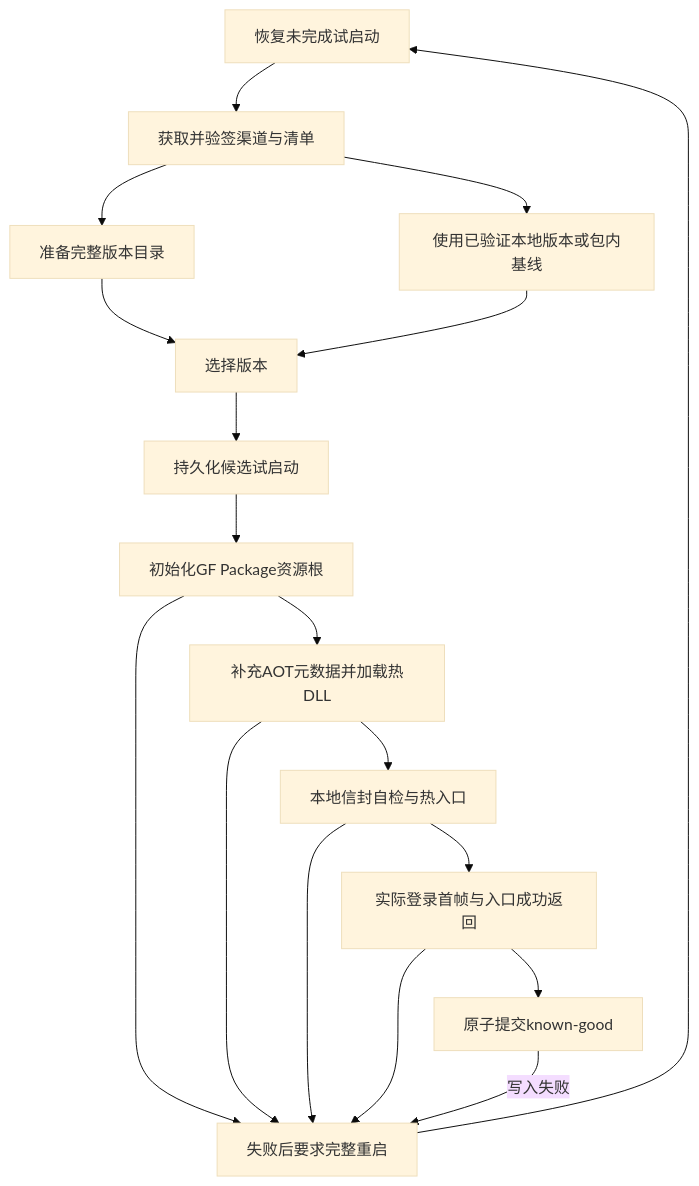
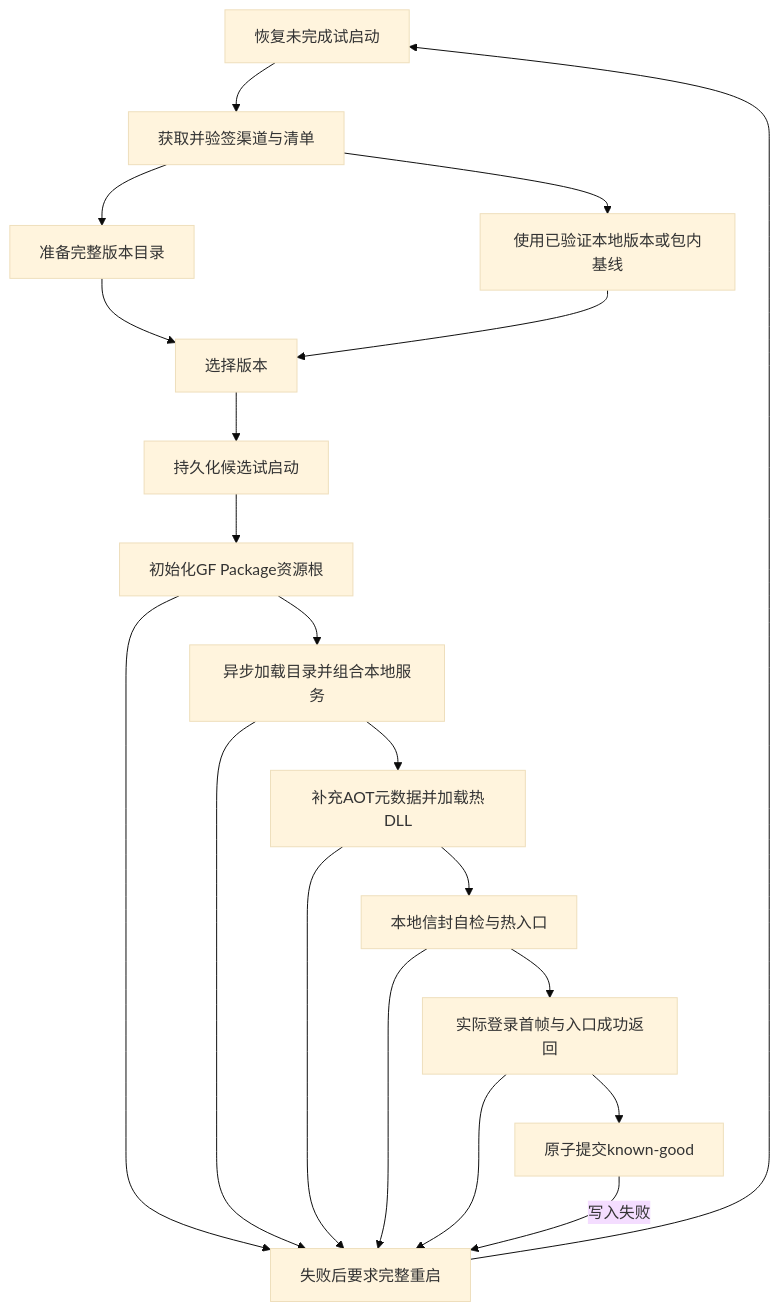
One commit to gmbytes/uclient changed the diagram in docs/runtime-architecture.md. Above: the diagram before and after it, drawn with Mermaid (base theme). The commit also changed other lines of this file, not shown here.

````diff
--- a/docs/runtime-architecture.md
+++ b/docs/runtime-architecture.md
@@ -35,20 +37,22 @@
 ```mermaid
 flowchart TD
     Recover[恢复未完成试启动] --> Check[获取并验签渠道与清单]
     Check --> Prepare[准备完整版本目录]
     Check --> Local[使用已验证本地版本或包内基线]
     Prepare --> Select[选择版本]
     Local --> Select
     Select --> Trial[持久化候选试启动]
     Trial --> Resource[初始化GF Package资源根]
-    Resource --> Load[补充AOT元数据并加载热DLL]
+    Resource --> Compose[异步加载目录并组合本地服务]
+    Compose --> Load[补充AOT元数据并加载热DLL]
     Load --> Entry[本地信封自检与热入口]
     Entry --> Frame[实际登录首帧与入口成功返回]
     Frame --> Commit[原子提交known-good]
     Resource --> Restart[失败后要求完整重启]
+    Compose --> Restart
     Load --> Restart
     Entry --> Restart
     Frame --> Restart
     Commit -->|写入失败| Restart
     Restart --> Recover
 ```
````
